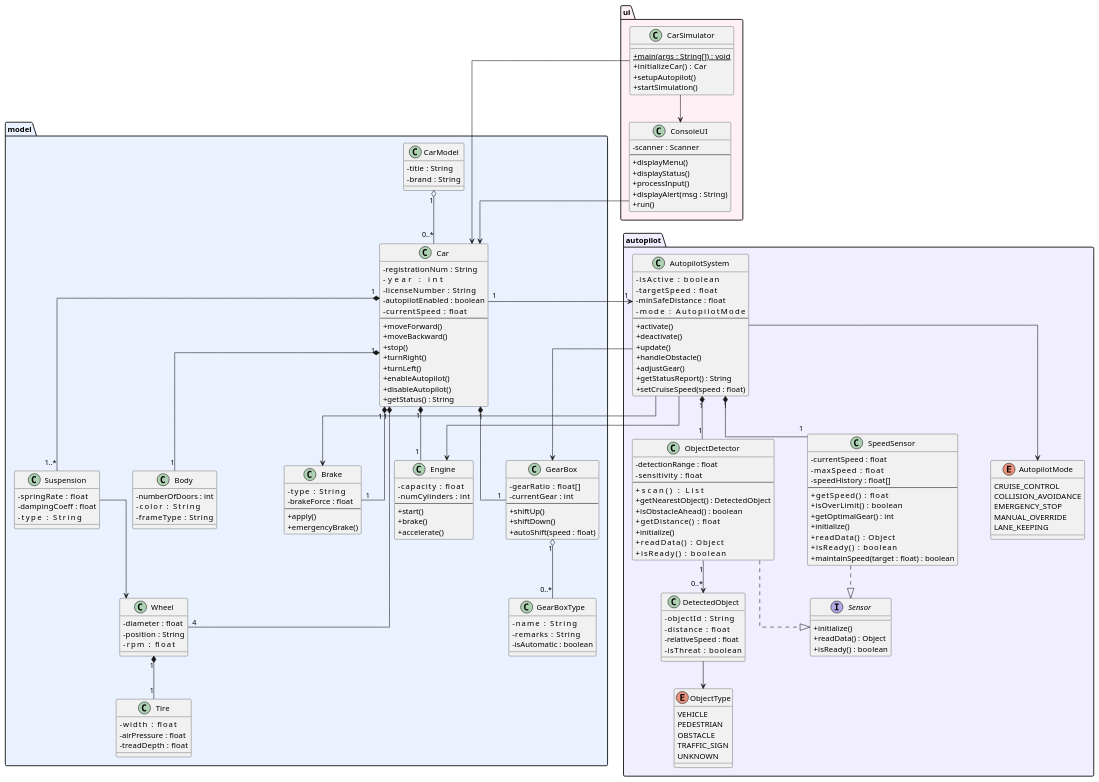
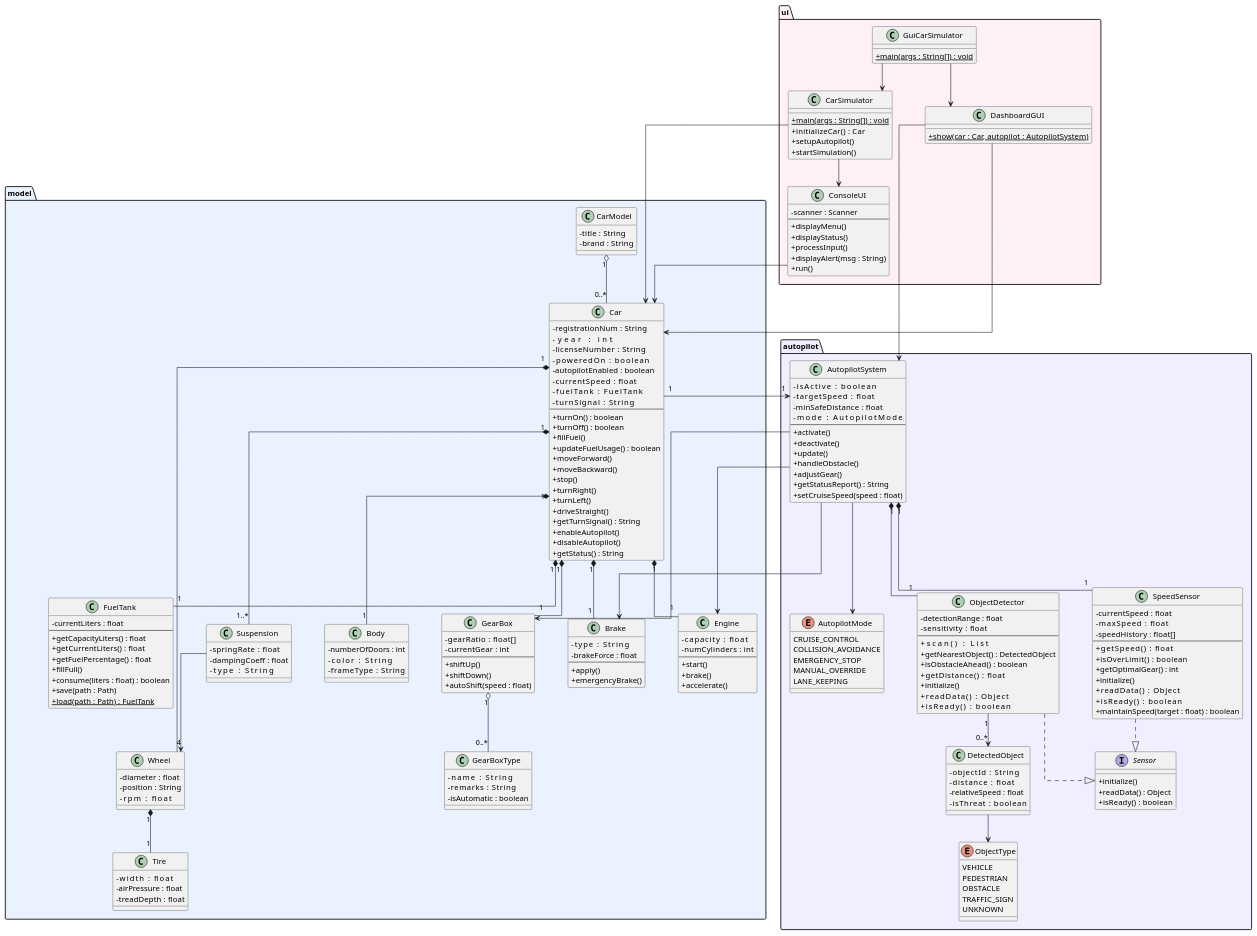
One commit to Musya351/OOP1 changed the diagram in diagramClass/ClassDiagram.wsd. Above: the diagram before and after it, drawn with PlantUML. The commit also changed 16 other files, not shown here.

```diff
--- a/diagramClass/ClassDiagram.wsd
+++ b/diagramClass/ClassDiagram.wsd
@@ -16,14 +16,23 @@
     - registrationNum   : String
     - year              : int
     - licenseNumber     : String
+    - poweredOn         : boolean
     - autopilotEnabled  : boolean
     - currentSpeed      : float
+    - fuelTank          : FuelTank
+    - turnSignal        : String
     --
+    + turnOn() : boolean
+    + turnOff() : boolean
+    + fillFuel()
+    + updateFuelUsage() : boolean
     + moveForward()
     + moveBackward()
     + stop()
     + turnRight()
     + turnLeft()
+    + driveStraight()
+    + getTurnSignal() : String
     + enableAutopilot()
     + disableAutopilot()
     + getStatus() : String
@@ -83,6 +92,18 @@
     - width       : float
     - airPressure : float
     - treadDepth  : float
+  }
+
+  class FuelTank {
+    - currentLiters : float
+    --
+    + getCapacityLiters() : float
+    + getCurrentLiters()  : float
+    + getFuelPercentage() : float
+    + fillFull()
+    + consume(liters : float) : boolean
+    + save(path : Path)
+    + {static} load(path : Path) : FuelTank
   }
 }
 
@@ -178,6 +199,14 @@
     + setupAutopilot()
     + startSimulation()
   }
+
+  class DashboardGUI {
+    + {static} show(car : Car, autopilot : AutopilotSystem)
+  }
+
+  class GuiCarSimulator {
+    + {static} main(args : String[]) : void
+  }
 }
 
 ' === RELASI MODEL ===
@@ -188,6 +217,7 @@
 Car "1" *-- "1..*" Suspension
 Car "1" *-- "1"    Brake
 Car "1" *-- "4"    Wheel
+Car "1" *-- "1"    FuelTank
 GearBox    "1" o-- "0..*" GearBoxType
 Wheel      "1" *-- "1"    Tire
 Suspension      --> Wheel
@@ -209,5 +239,9 @@
 ConsoleUI   --> Car
 CarSimulator --> ConsoleUI
 CarSimulator --> Car
+DashboardGUI --> Car
+DashboardGUI --> AutopilotSystem
+GuiCarSimulator --> CarSimulator
+GuiCarSimulator --> DashboardGUI
 
 @enduml
```
